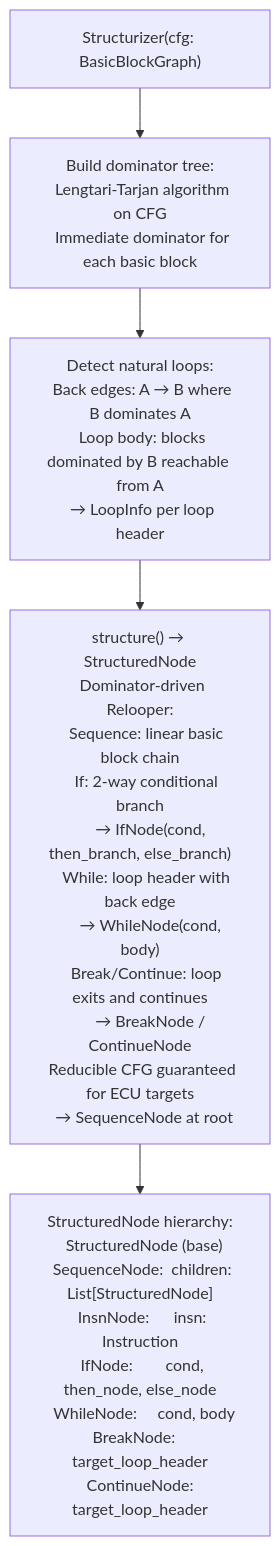
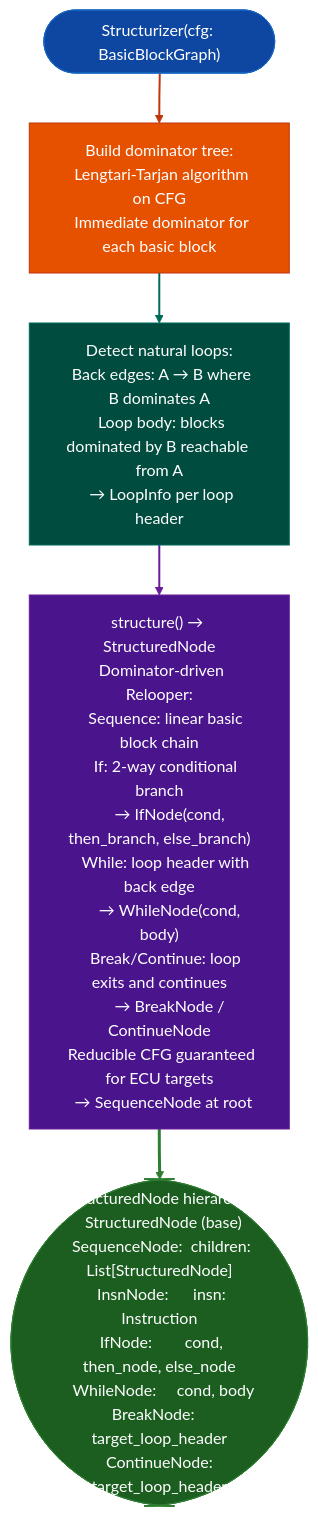
Before and after one commit to Ablation-Tool/ablation: the diagram in docs/reference-modules/assisted-structure-reconstruction.md, drawn with Mermaid. The commit also changed 320 other files, not shown here.

First line of the commit message:
docs: apply canonical Mermaid template to all 321 diagrams

````diff
--- a/docs/reference-modules/assisted-structure-reconstruction.md
+++ b/docs/reference-modules/assisted-structure-reconstruction.md
@@ -19,7 +19,17 @@
 ```mermaid
 flowchart TD
-    A["Structurizer(cfg: BasicBlockGraph)"] --> B["Build dominator tree:\n  Lengtari-Tarjan algorithm on CFG\n  Immediate dominator for each basic block"]
-    B --> C["Detect natural loops:\n  Back edges: A → B where B dominates A\n  Loop body: blocks dominated by B reachable from A\n  → LoopInfo per loop header"]
-    C --> D["structure() → StructuredNode\n  Dominator-driven Relooper:\n    Sequence: linear basic block chain\n    If: 2-way conditional branch\n      → IfNode(cond, then_branch, else_branch)\n    While: loop header with back edge\n      → WhileNode(cond, body)\n    Break/Continue: loop exits and continues\n      → BreakNode / ContinueNode\n  Reducible CFG guaranteed for ECU targets\n  → SequenceNode at root"]
-    D --> E["StructuredNode hierarchy:\n  StructuredNode (base)\n  SequenceNode:  children: List[StructuredNode]\n  InsnNode:      insn: Instruction\n  IfNode:        cond, then_node, else_node\n  WhileNode:     cond, body\n  BreakNode:     target_loop_header\n  ContinueNode:  target_loop_header"]
+    A(["Structurizer(cfg: BasicBlockGraph)"]):::input --> B["Build dominator tree:\n  Lengtari-Tarjan algorithm on CFG\n  Immediate dominator for each basic block"]:::primary
+    B:::primary --> C["Detect natural loops:\n  Back edges: A → B where B dominates A\n  Loop body: blocks dominated by B reachable from A\n  → LoopInfo per loop header"]:::secondary
+    C:::secondary --> D["structure() → StructuredNode\n  Dominator-driven Relooper:\n    Sequence: linear basic block chain\n    If: 2-way conditional branch\n      → IfNode(cond, then_branch, else_branch)\n    While: loop header with back edge\n      → WhileNode(cond, body)\n    Break/Continue: loop exits and continues\n      → BreakNode / ContinueNode\n  Reducible CFG guaranteed for ECU targets\n  → SequenceNode at root"]:::tertiary
+    D:::tertiary --> E(["StructuredNode hierarchy:\n  StructuredNode (base)\n  SequenceNode:  children: List[StructuredNode]\n  InsnNode:      insn: Instruction\n  IfNode:        cond, then_node, else_node\n  WhileNode:     cond, body\n  BreakNode:     target_loop_header\n  ContinueNode:  target_loop_header"]):::output
+    classDef input     fill:#0d47a1,stroke:#1565c0,color:#fff
+    classDef primary   fill:#e65100,stroke:#bf360c,color:#fff
+    classDef secondary fill:#004d40,stroke:#00695c,color:#fff
+    classDef tertiary  fill:#4a148c,stroke:#6a1b9a,color:#fff
+    classDef neutral   fill:#37474f,stroke:#546e7a,color:#fff
+    classDef output    fill:#1b5e20,stroke:#2e7d32,color:#fff
+    linkStyle 0 stroke:#bf360c,stroke-width:2px
+    linkStyle 1 stroke:#00695c,stroke-width:2px
+    linkStyle 2 stroke:#6a1b9a,stroke-width:2px
+    linkStyle 3 stroke:#2e7d32,stroke-width:3px
 ```
````
